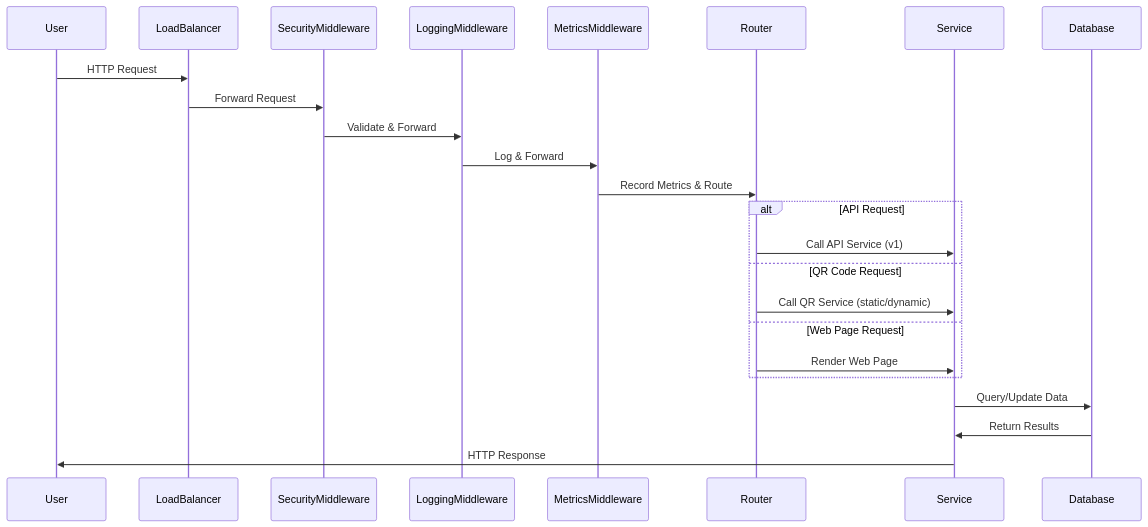
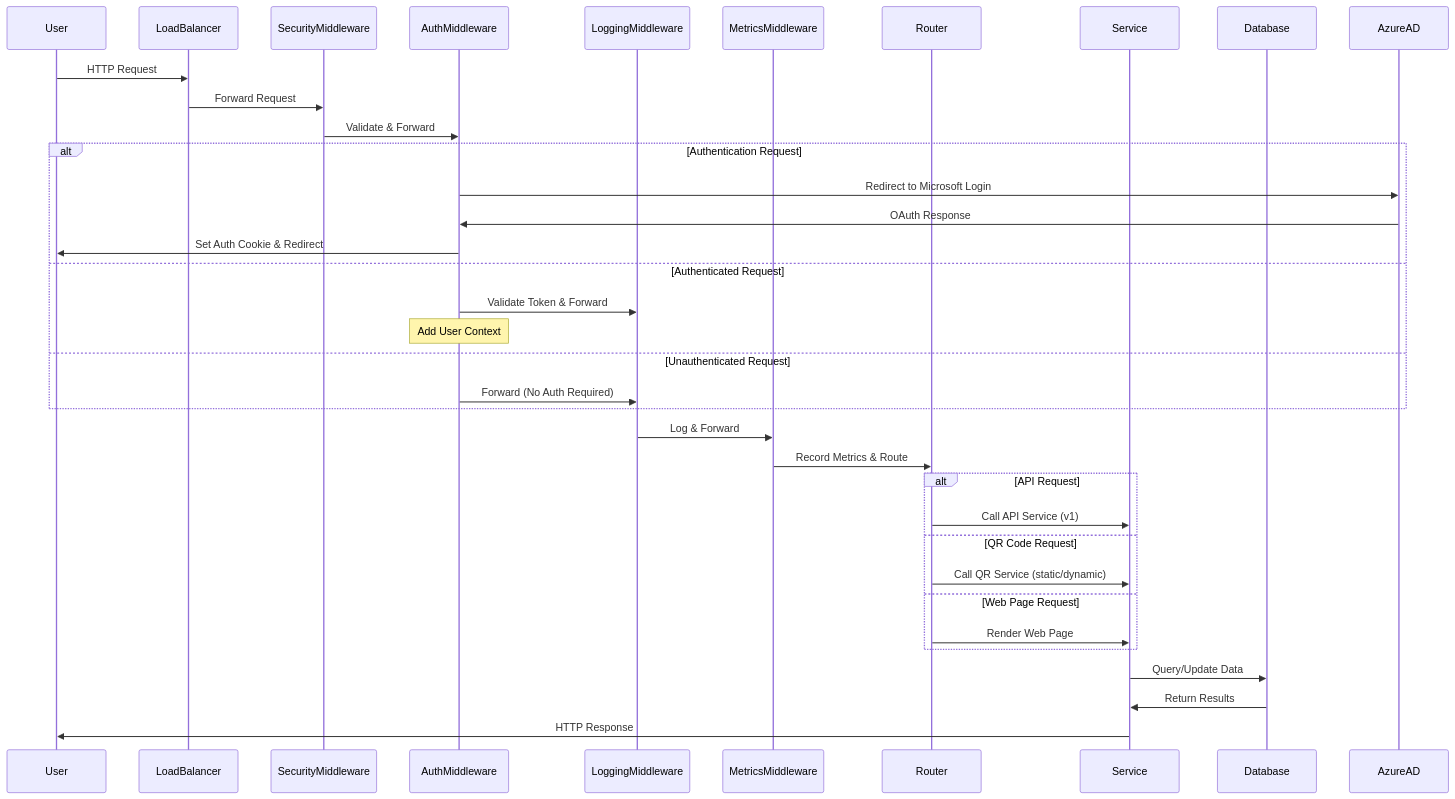
Before and after one commit to gsinghjay/mvp_qr_gen: the third of 10 diagrams in STORY.md, drawn with Mermaid. The commit also changed other lines of this file and 1 other file, not shown here.

Commit message:
chore: updated diagrams

````diff
--- a/STORY.md
+++ b/STORY.md
@@ -59,29 +71,43 @@
 ```mermaid
 sequenceDiagram
     participant User
     participant LoadBalancer
     participant SecurityMiddleware
+    participant AuthMiddleware
     participant LoggingMiddleware
     participant MetricsMiddleware
     participant Router
     participant Service
     participant Database
+    participant AzureAD
     
     User->>LoadBalancer: HTTP Request
     LoadBalancer->>SecurityMiddleware: Forward Request
-    SecurityMiddleware->>LoggingMiddleware: Validate & Forward
+    SecurityMiddleware->>AuthMiddleware: Validate & Forward
+    
+    alt Authentication Request
+        AuthMiddleware->>AzureAD: Redirect to Microsoft Login
+        AzureAD->>AuthMiddleware: OAuth Response
+        AuthMiddleware->>User: Set Auth Cookie & Redirect
+    else Authenticated Request
+        AuthMiddleware->>LoggingMiddleware: Validate Token & Forward
+        Note over AuthMiddleware: Add User Context
+    else Unauthenticated Request
+        AuthMiddleware->>LoggingMiddleware: Forward (No Auth Required)
+    end
+    
     LoggingMiddleware->>MetricsMiddleware: Log & Forward
     MetricsMiddleware->>Router: Record Metrics & Route
     
     alt API Request
         Router->>Service: Call API Service (v1)
     else QR Code Request
         Router->>Service: Call QR Service (static/dynamic)
     else Web Page Request
         Router->>Service: Render Web Page
     end
     
     Service->>Database: Query/Update Data
     Database->>Service: Return Results
     Service->>User: HTTP Response
 ```
````
